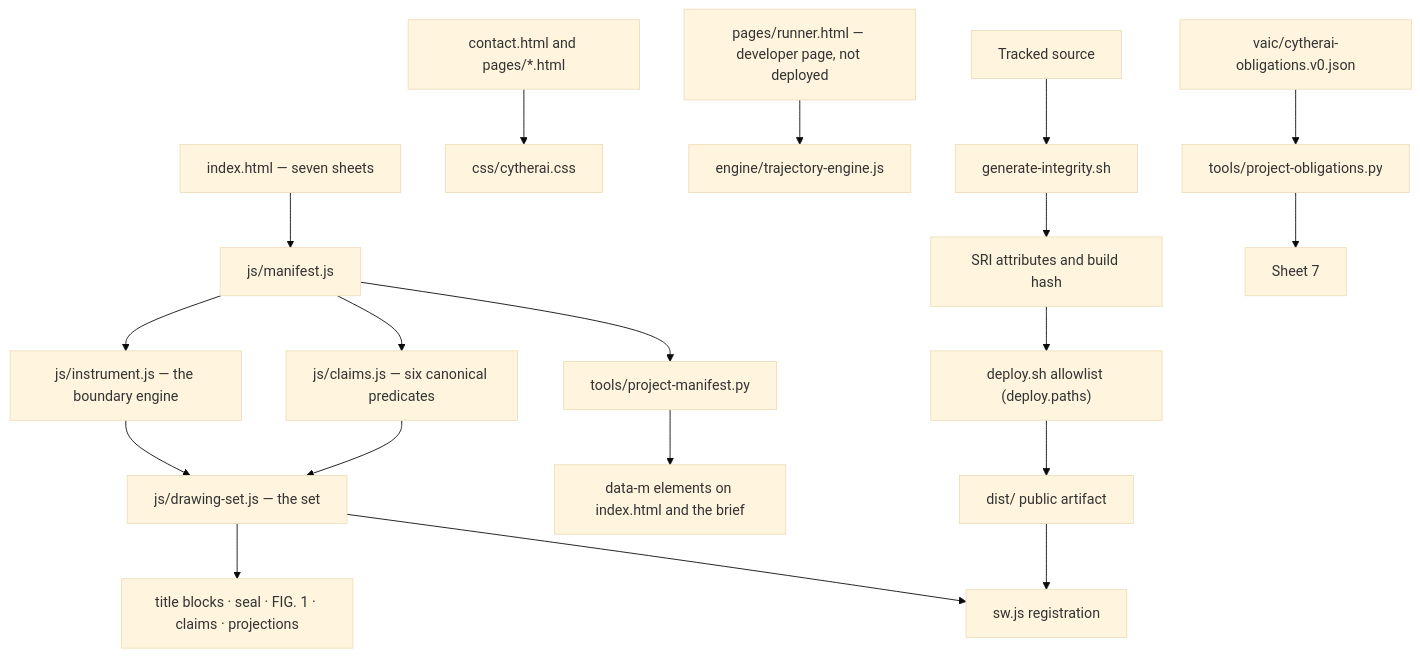
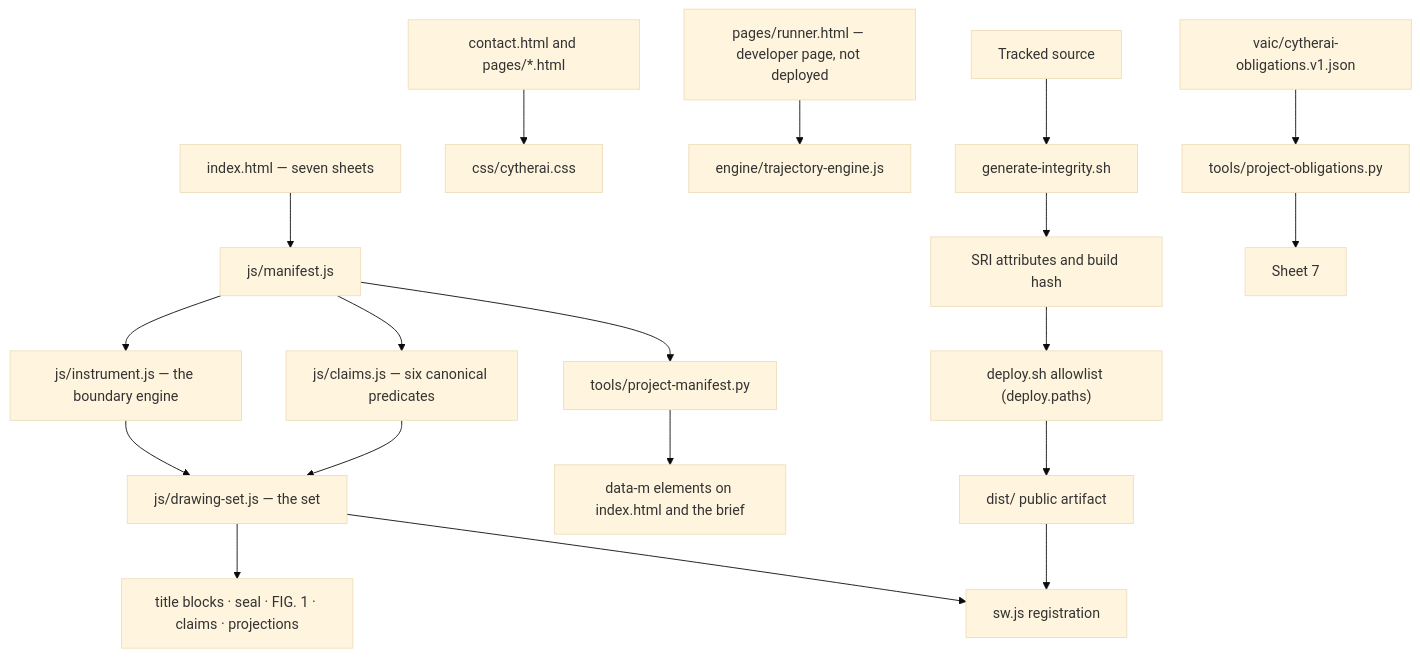
Before and after one commit to AethersDev/CytherAI: the diagram in docs/architecture.md, drawn with Mermaid (base theme). The commit also changed other lines of this file and 18 other files, not shown here.

````diff
--- a/docs/architecture.md
+++ b/docs/architecture.md
@@ -16,22 +16,22 @@
 ```mermaid
 flowchart TD
   I["index.html — seven sheets"] --> M["js/manifest.js"]
   M --> B["js/instrument.js — the boundary engine"]
   M --> C["js/claims.js — six canonical predicates"]
   B --> D["js/drawing-set.js — the set"]
   C --> D
   D --> DOM["title blocks · seal · FIG. 1 · claims · projections"]
   D --> SW["sw.js registration"]
 
   P["contact.html and pages/*.html"] --> CSS["css/cytherai.css"]
   R["pages/runner.html — developer page, not deployed"] --> E["engine/trajectory-engine.js"]
 
   SRC["Tracked source"] --> SRI["generate-integrity.sh"]
   SRI --> ID["SRI attributes and build hash"]
   ID --> DEP["deploy.sh allowlist (deploy.paths)"]
   DEP --> DIST["dist/ public artifact"]
   DIST --> SW
 
-  V["vaic/cytherai-obligations.v0.json"] --> PO["tools/project-obligations.py"] --> S7["Sheet 7"]
+  V["vaic/cytherai-obligations.v1.json"] --> PO["tools/project-obligations.py"] --> S7["Sheet 7"]
   M --> PM["tools/project-manifest.py"] --> DM["data-m elements on index.html and the brief"]
 ```
````
